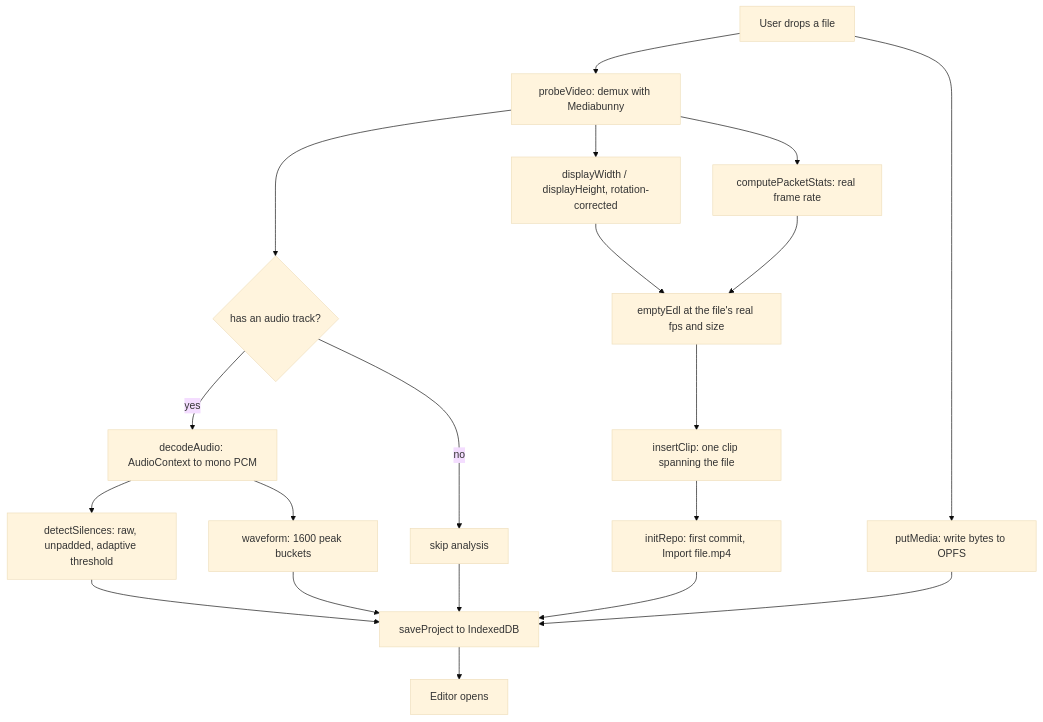
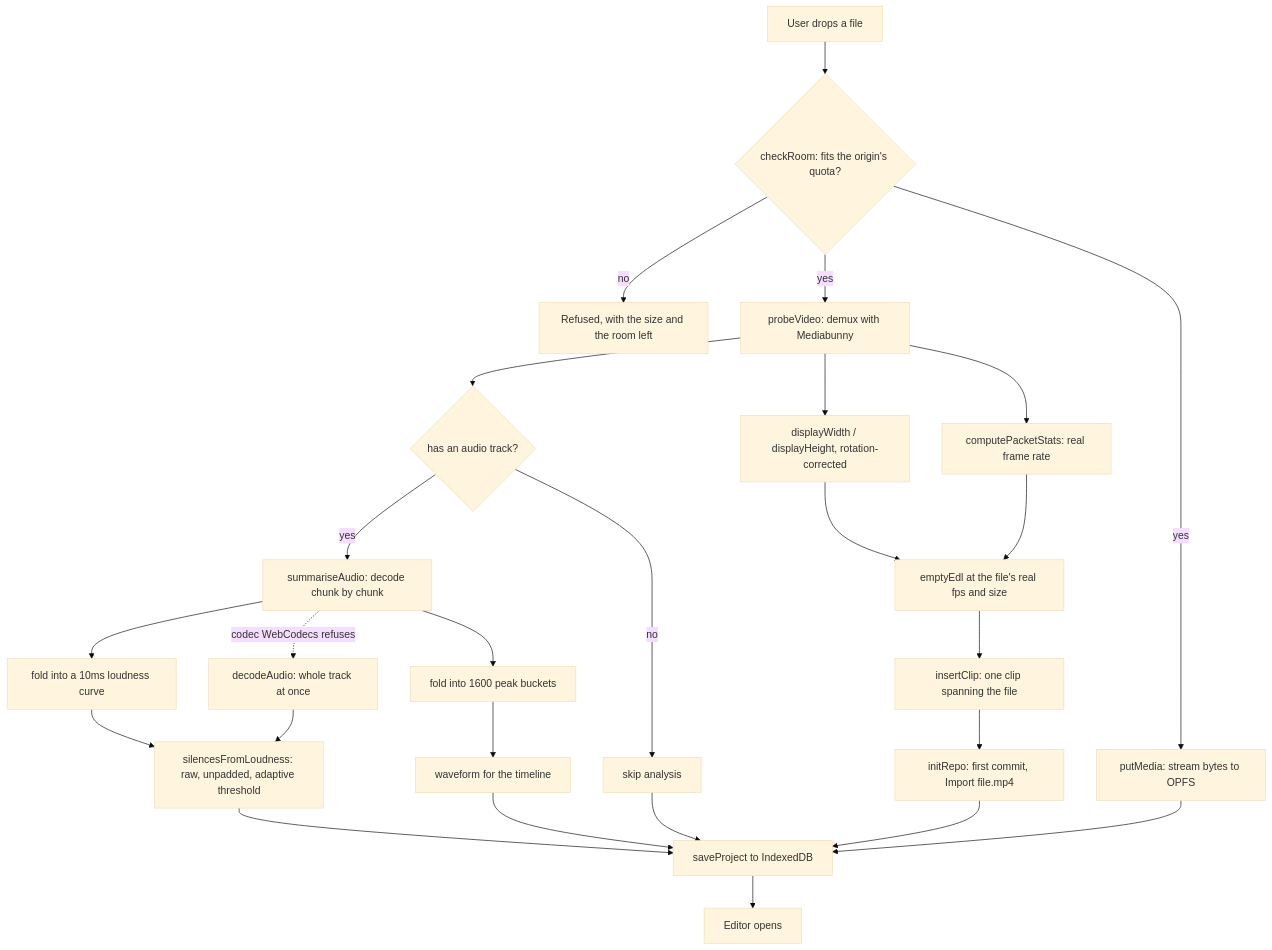
Before and after one commit to aviralj02/cutline: the first of 6 diagrams in ARCHITECTURE.md, drawn with Mermaid (base theme). The commit also changed other lines of this file and 4 other files, not shown here.

````diff
--- a/ARCHITECTURE.md
+++ b/ARCHITECTURE.md
@@ -429,22 +474,28 @@
 ```mermaid
 flowchart TD
-  A[User drops a file] --> B[probeVideo: demux with Mediabunny]
+  A[User drops a file] --> A1{checkRoom: fits the origin's quota?}
+  A1 -- no --> A2[Refused, with the size and the room left]
+  A1 -- yes --> B[probeVideo: demux with Mediabunny]
   B --> B1[displayWidth / displayHeight, rotation-corrected]
   B --> B2[computePacketStats: real frame rate]
   B --> B3{has an audio track?}
   B1 --> C[emptyEdl at the file's real fps and size]
   B2 --> C
-  A --> D[putMedia: write bytes to OPFS]
-  B3 -- yes --> E[decodeAudio: AudioContext to mono PCM]
-  E --> F[detectSilences: raw, unpadded, adaptive threshold]
-  E --> G[waveform: 1600 peak buckets]
+  A1 -- yes --> D[putMedia: stream bytes to OPFS]
+  B3 -- yes --> E[summariseAudio: decode chunk by chunk]
+  E --> E1[fold into a 10ms loudness curve]
+  E --> E2[fold into 1600 peak buckets]
+  E1 --> F[silencesFromLoudness: raw, unpadded, adaptive threshold]
+  E2 --> G[waveform for the timeline]
+  E -. codec WebCodecs refuses .-> E3[decodeAudio: whole track at once]
+  E3 --> F
   B3 -- no --> H[skip analysis]
   C --> I[insertClip: one clip spanning the file]
   I --> J[initRepo: first commit, Import file.mp4]
   F --> K[saveProject to IndexedDB]
   G --> K
   H --> K
   J --> K
   D --> K
   K --> L[Editor opens]
 ```
````
